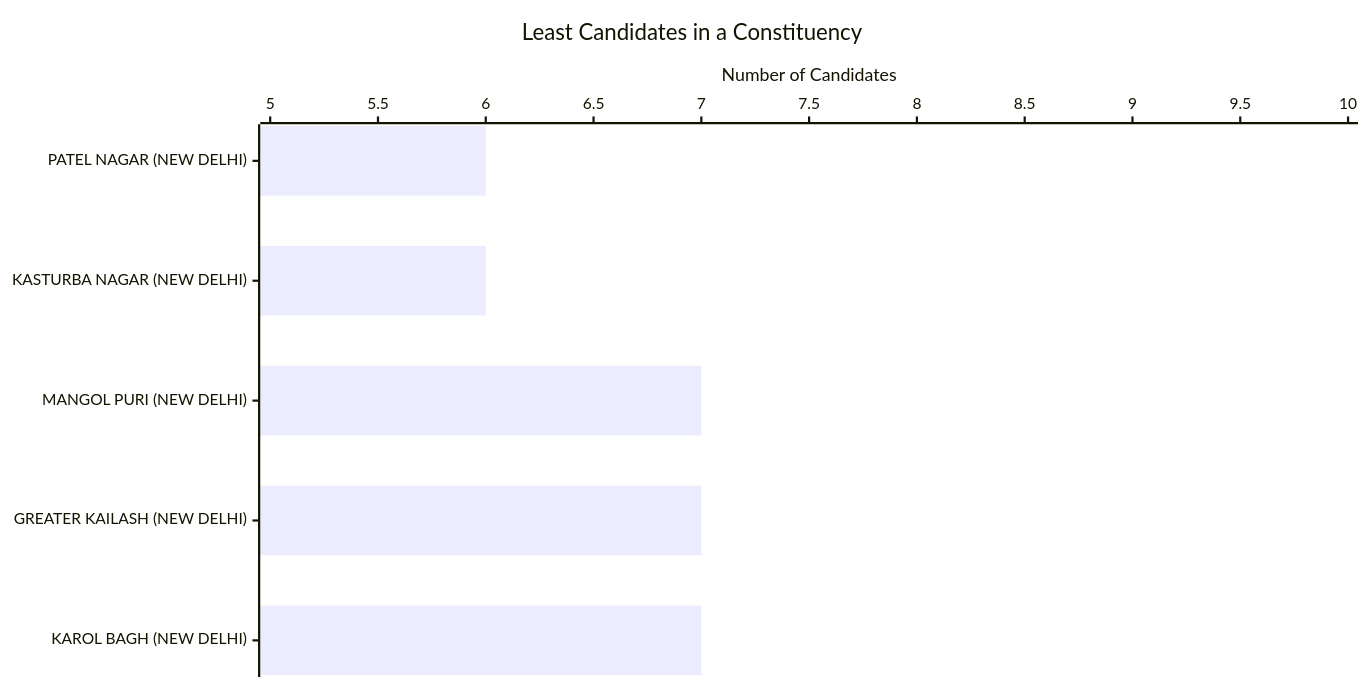
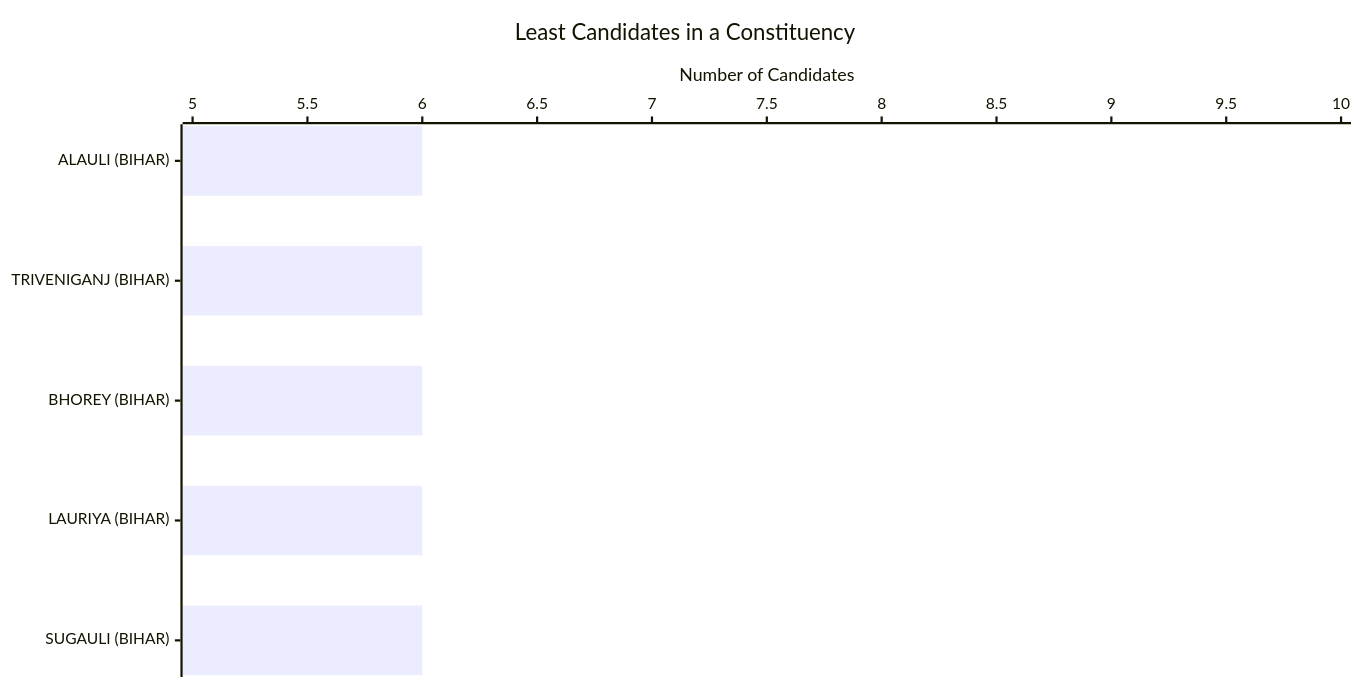
The tenth of 23 diagrams in BIHAR-GRAPH.md (arjunswaj/elections), drawn with Mermaid before and after one commit. The commit also changed other lines of this file and 3 other files, not shown here.

````diff
--- a/BIHAR-GRAPH.md
+++ b/BIHAR-GRAPH.md
@@ -225,17 +225,17 @@
 ```mermaid
 ---
 config:
     xyChart:
         width: 1200
         height: 600
         chartOrientation: horizontal
         dataLabels:
             enabled: true
             placement: end
 ---
 xychart-beta
     title "Least Candidates in a Constituency"
-    x-axis ["PATEL NAGAR (NEW DELHI)", "KASTURBA NAGAR (NEW DELHI)", "MANGOL PURI (NEW DELHI)", "GREATER KAILASH (NEW DELHI)", "KAROL BAGH (NEW DELHI)"]
+    x-axis ["ALAULI (BIHAR)", "TRIVENIGANJ (BIHAR)", "BHOREY (BIHAR)", "LAURIYA (BIHAR)", "SUGAULI (BIHAR)"]
     y-axis "Number of Candidates" 5 --> 10
-    bar [6, 6, 7, 7, 7]
+    bar [6, 6, 6, 6, 6]
 ```
````
